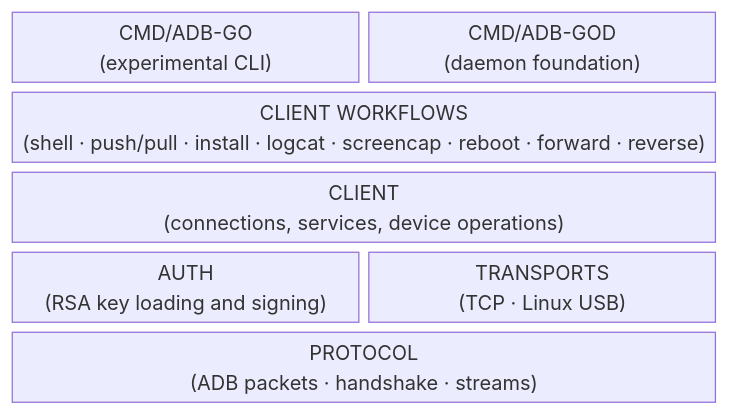
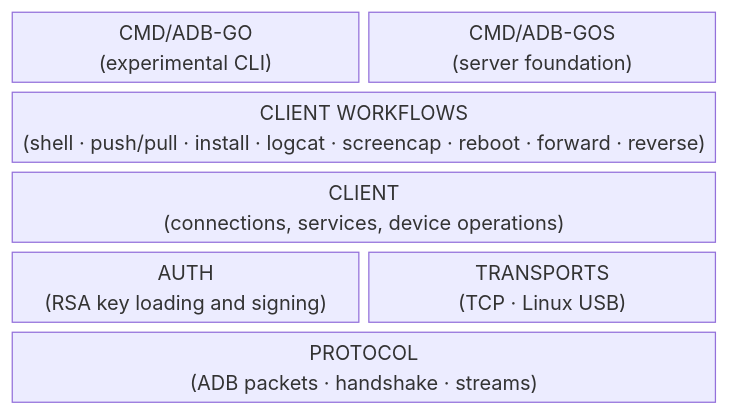
Before and after one commit to dector/adb-go: the diagram in README.md, drawn with Mermaid. The commit also changed other lines of this file and 51 other files, not shown here.

Commit message:
ref!: rename adb-go daemon to server

````diff
--- a/README.md
+++ b/README.md
@@ -31,18 +31,18 @@
 ```mermaid
 block-beta
   columns 2
 
   cli["CMD/ADB-GO<br/>(experimental CLI)"]
-  daemon["CMD/ADB-GOD<br/>(daemon foundation)"]
+  server["CMD/ADB-GOS<br/>(server foundation)"]
 
   root["GITHUB.COM/DECTOR/ADB-GO<br/>(stable high-level API)"]:2
 
   workflows["CLIENT WORKFLOWS<br/>(shell · push/pull · install · logcat · screencap · reboot · forward · reverse)"]:2
 
   client["CLIENT<br/>(connections, services, device operations)"]:2
 
   auth["AUTH<br/>(RSA key loading and signing)"]
   transports["TRANSPORTS<br/>(TCP · Linux USB)"]
 
   protocol["PROTOCOL<br/>(ADB packets · handshake · streams)"]:2
 ```
````
